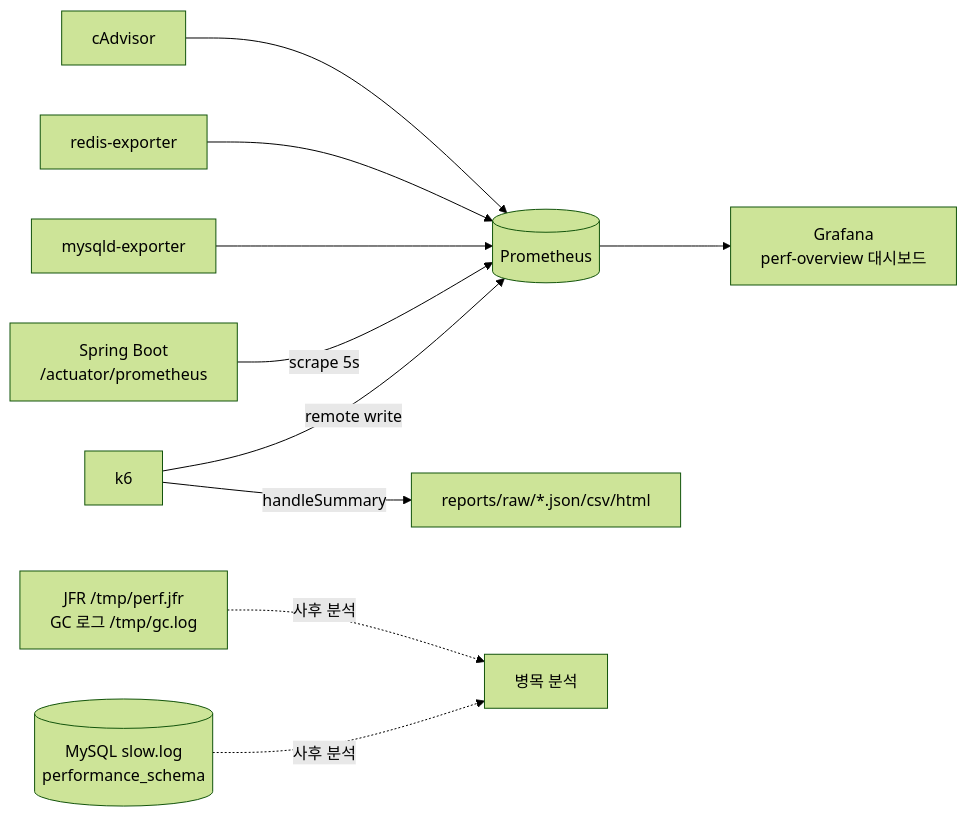
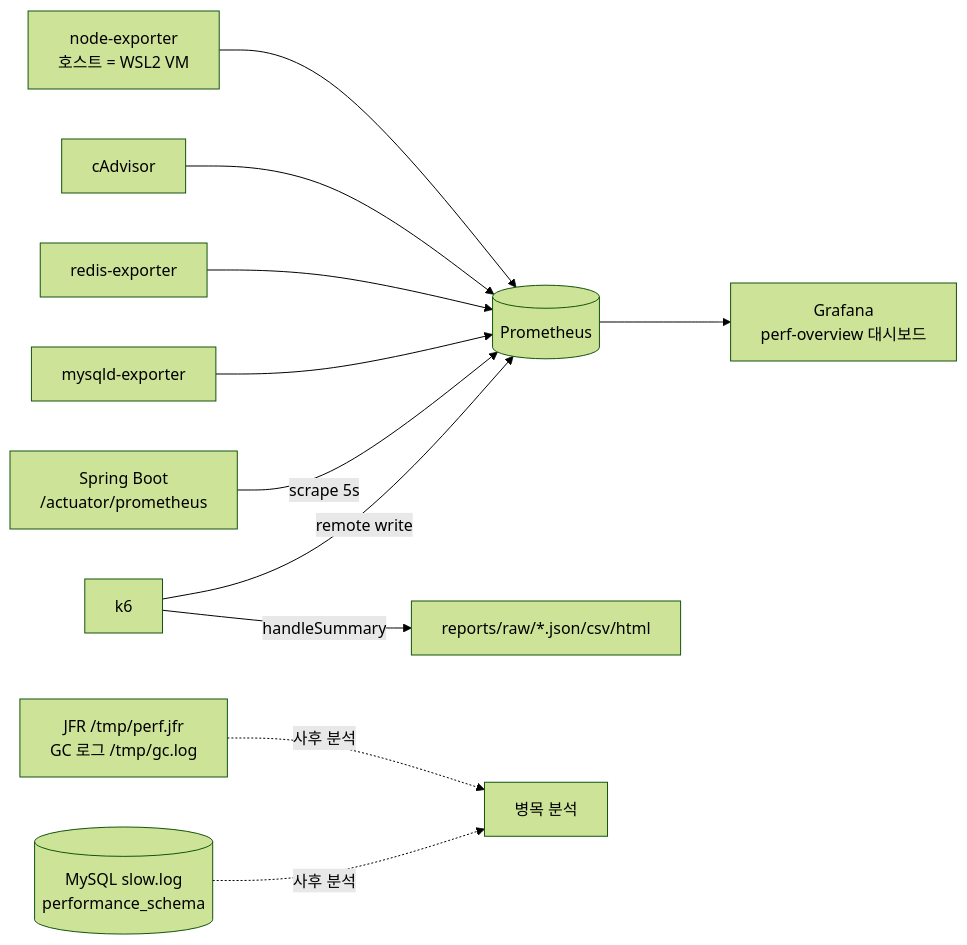
Before and after one commit to JangHyeok2909/highteenday-backend: the diagram in performance/metrics/README.md, drawn with Mermaid (forest theme). The commit also changed other lines of this file and 4 other files, not shown here.

````diff
--- a/performance/metrics/README.md
+++ b/performance/metrics/README.md
@@ -8,12 +8,13 @@
 ```mermaid
 flowchart LR
     K6[k6] -->|remote write| P[(Prometheus)]
     APP[Spring Boot<br/>/actuator/prometheus] -->|scrape 5s| P
     MEX[mysqld-exporter] --> P
     REX[redis-exporter] --> P
     CAD[cAdvisor] --> P
+    NEX[node-exporter<br/>호스트 = WSL2 VM] --> P
     P --> G[Grafana<br/>perf-overview 대시보드]
     K6 -->|handleSummary| R[reports/raw/*.json/csv/html]
     MY[(MySQL slow.log<br/>performance_schema)] -.->|사후 분석| A[병목 분석]
     JFR[JFR /tmp/perf.jfr<br/>GC 로그 /tmp/gc.log] -.->|사후 분석| A
 ```
````
